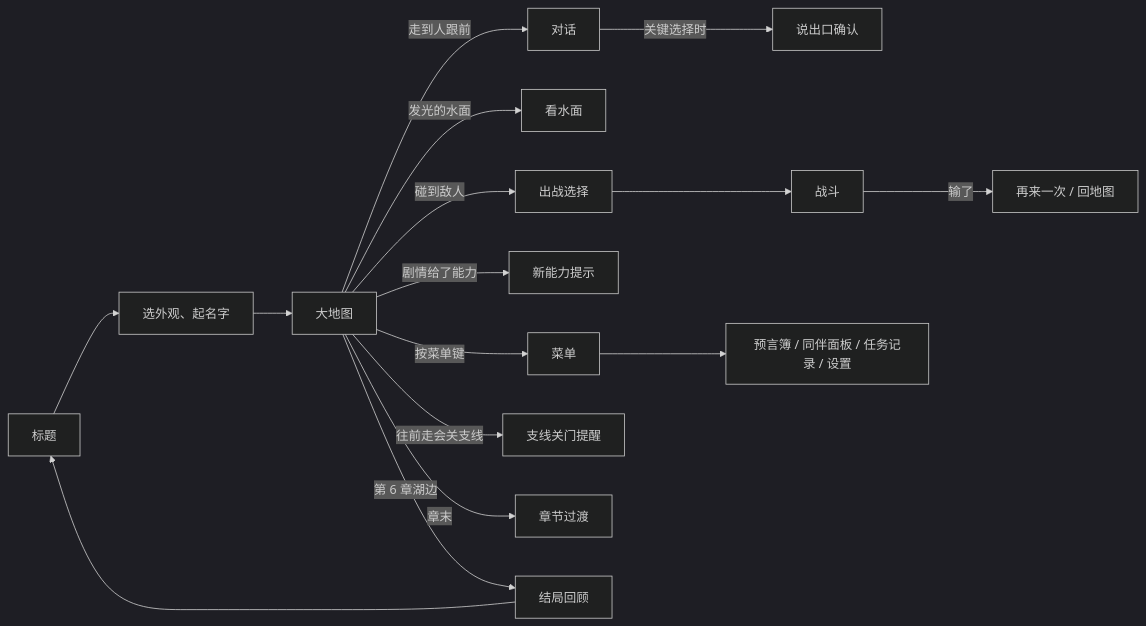
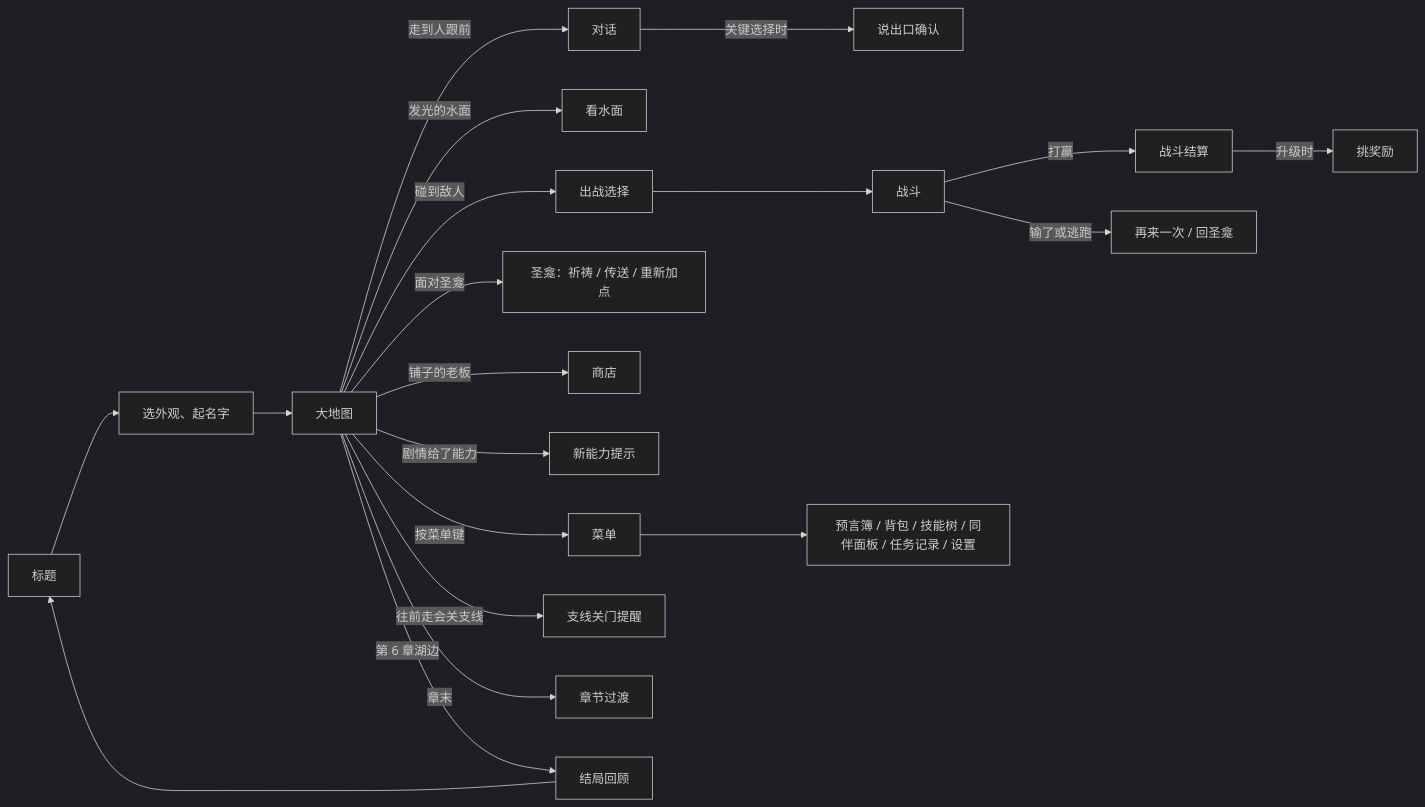
One commit to salt-byte/arthur-rpg changed the diagram in design/ui/SCREENS.md. Above: the diagram before and after it, drawn with Mermaid (dark theme). The commit also changed other lines of this file and 26 other files, not shown here.

First line of the commit message:
第 7 步重做：战斗照杀戮尖塔意图和原型的数，大地图、成长、装备照 Vampire's Fall 2

````diff
--- a/design/ui/SCREENS.md
+++ b/design/ui/SCREENS.md
@@ -8,12 +8,15 @@
 ```mermaid
 flowchart LR
   title[标题] --> look[选外观、起名字] --> map[大地图]
   map -->|走到人跟前| talk[对话] -->|关键选择时| confirm[说出口确认]
   map -->|发光的水面| vision[看水面]
-  map -->|碰到敌人| pick[出战选择] --> battle[战斗] -->|输了| lose[再来一次 / 回地图]
+  map -->|碰到敌人| pick[出战选择] --> battle[战斗] -->|打赢| result[战斗结算] -->|升级时| boon[挑奖励]
+  battle -->|输了或逃跑| lose[再来一次 / 回圣龛]
+  map -->|面对圣龛| shrine[圣龛：祈祷 / 传送 / 重新加点]
+  map -->|铺子的老板| shop[商店]
   map -->|剧情给了能力| unlock[新能力提示]
-  map -->|按菜单键| menu[菜单] --> sub[预言簿 / 同伴面板 / 任务记录 / 设置]
+  map -->|按菜单键| menu[菜单] --> sub[预言簿 / 背包 / 技能树 / 同伴面板 / 任务记录 / 设置]
   map -->|往前走会关支线| warn[支线关门提醒]
   map -->|章末| chapter[章节过渡]
   map -->|第 6 章湖边| ending[结局回顾] --> title
 ```
````
